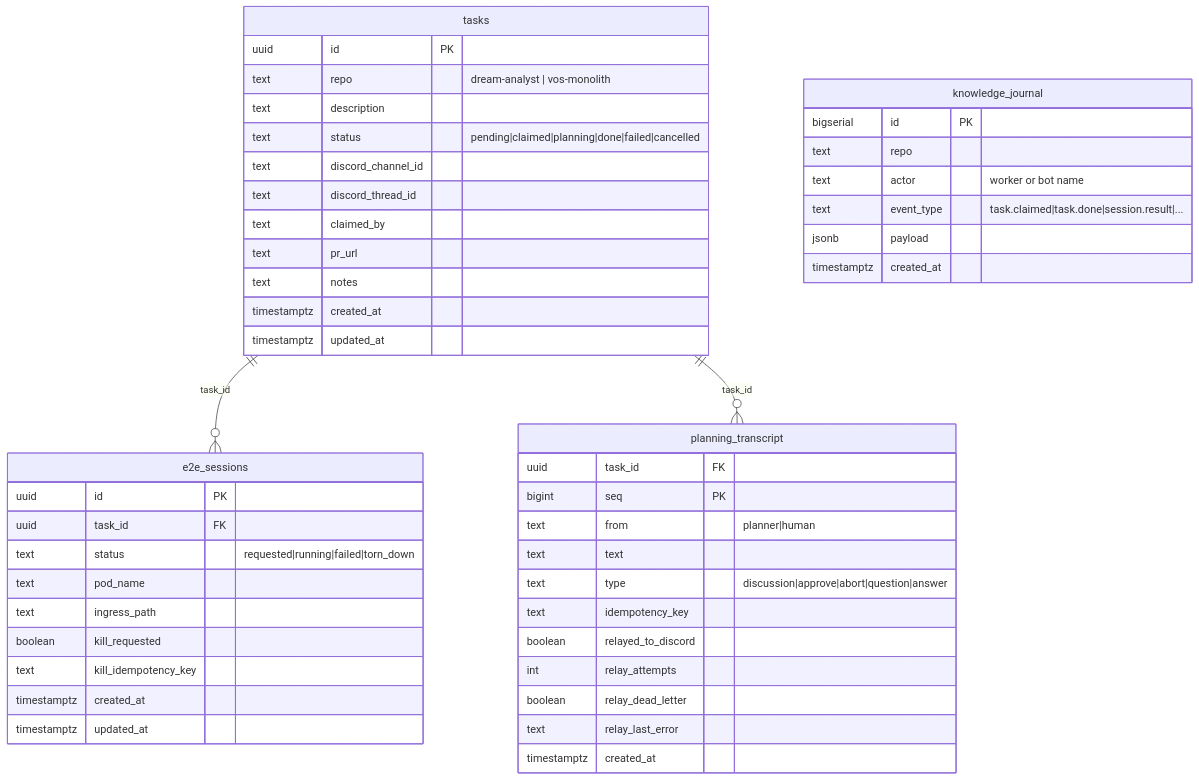
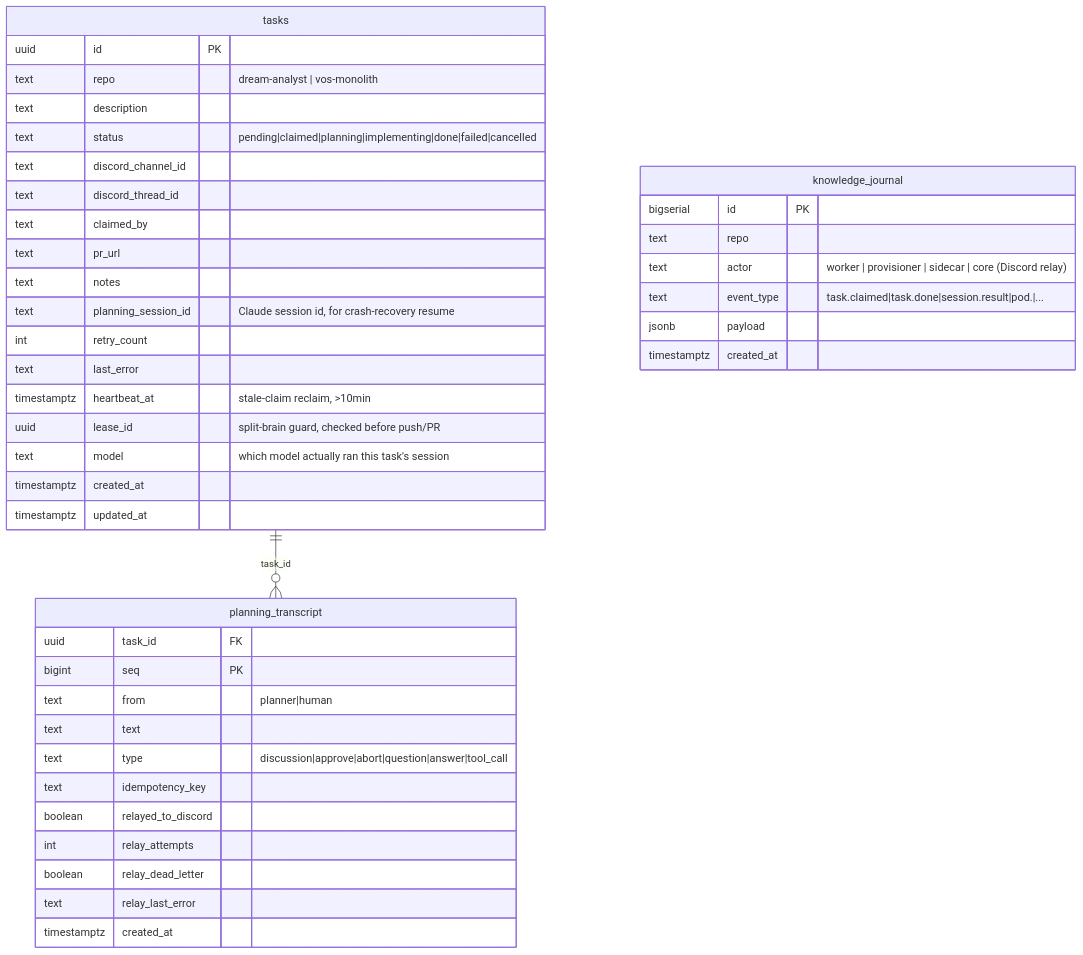
One commit to MohammadBnei/agent-fleet changed the second of 2 diagrams in docs/ARCHITECTURE.md. Above: the diagram before and after it, drawn with Mermaid. The commit also changed other lines of this file and 6 other files, not shown here.

First line of the commit message:
docs: update docs and skills for the core/provisioner/sidecar/worker redesign

````diff
--- a/docs/ARCHITECTURE.md
+++ b/docs/ARCHITECTURE.md
@@ -222,50 +290,44 @@
 ```mermaid
 erDiagram
     tasks {
         uuid id PK
         text repo "dream-analyst | vos-monolith"
         text description
-        text status "pending|claimed|planning|done|failed|cancelled"
+        text status "pending|claimed|planning|implementing|done|failed|cancelled"
         text discord_channel_id
         text discord_thread_id
         text claimed_by
         text pr_url
         text notes
+        text planning_session_id "Claude session id, for crash-recovery resume"
+        int retry_count
+        text last_error
+        timestamptz heartbeat_at "stale-claim reclaim, >10min"
+        uuid lease_id "split-brain guard, checked before push/PR"
+        text model "which model actually ran this task's session"
         timestamptz created_at
         timestamptz updated_at
     }
     knowledge_journal {
         bigserial id PK
         text repo
-        text actor "worker or bot name"
-        text event_type "task.claimed|task.done|session.result|..."
+        text actor "worker | provisioner | sidecar | core (Discord relay)"
+        text event_type "task.claimed|task.done|session.result|pod.<phase>|..."
         jsonb payload
         timestamptz created_at
-    }
-    e2e_sessions {
-        uuid id PK
-        uuid task_id FK
-        text status "requested|running|failed|torn_down"
-        text pod_name
-        text ingress_path
-        boolean kill_requested
-        text kill_idempotency_key
-        timestamptz created_at
-        timestamptz updated_at
     }
     planning_transcript {
         uuid task_id FK
         bigint seq PK
         text from "planner|human"
         text text
-        text type "discussion|approve|abort|question|answer"
+        text type "discussion|approve|abort|question|answer|tool_call"
         text idempotency_key
         boolean relayed_to_discord
         int relay_attempts
         boolean relay_dead_letter
         text relay_last_error
         timestamptz created_at
     }
-    tasks ||--o{ e2e_sessions : "task_id"
     tasks ||--o{ planning_transcript : "task_id"
 ```
````
